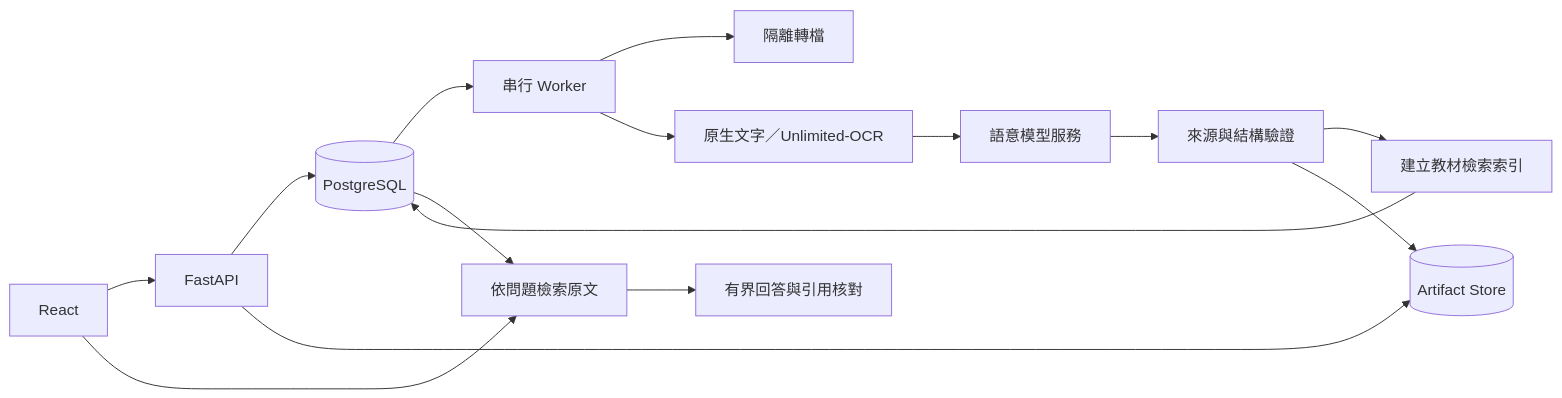
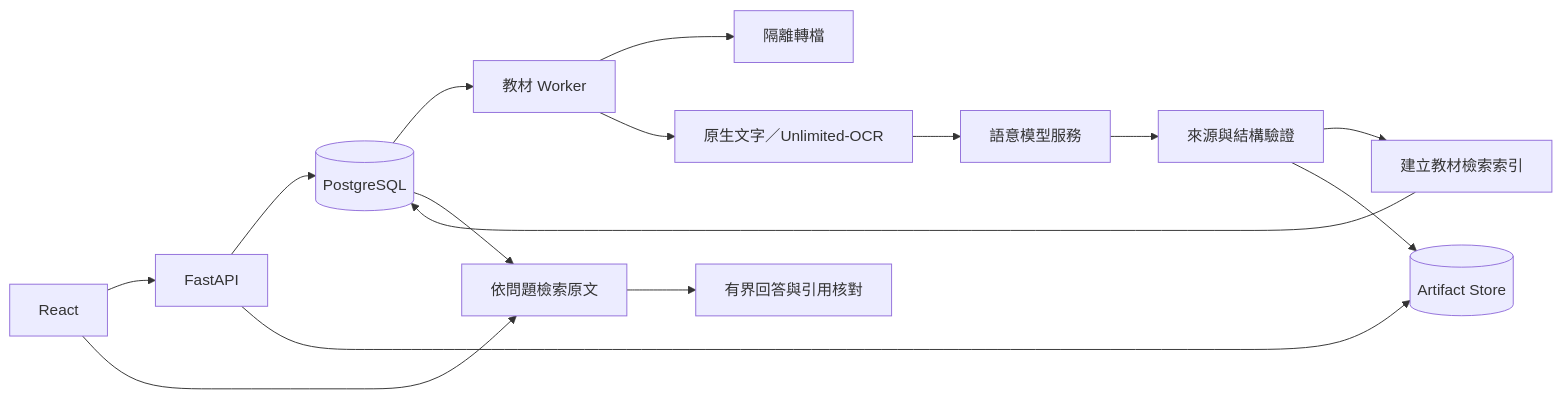
One commit to C6Yelan/Studydy changed the diagram in docs/architecture.md. Above: the diagram before and after it, drawn with Mermaid. The commit also changed other lines of this file and 3 other files, not shown here.

```diff
--- a/docs/architecture.md
+++ b/docs/architecture.md
@@ -7,17 +7,17 @@
 ~~~mermaid
 flowchart LR
     UI[React] --> API[FastAPI]
     API --> DB[(PostgreSQL)]
     API --> Store[(Artifact Store)]
-    DB --> Worker[串行 Worker]
+    DB --> Worker[教材 Worker]
     Worker --> Convert[隔離轉檔]
     Worker --> Evidence[原生文字／Unlimited-OCR]
     Evidence --> Model[語意模型服務]
     Model --> Validate[來源與結構驗證]
     Validate --> Index[建立教材檢索索引]
     Index --> DB
     UI --> Retrieve[依問題檢索原文]
     DB --> Retrieve
     Retrieve --> Answer[有界回答與引用核對]
     Validate --> Store
 ~~~
```
